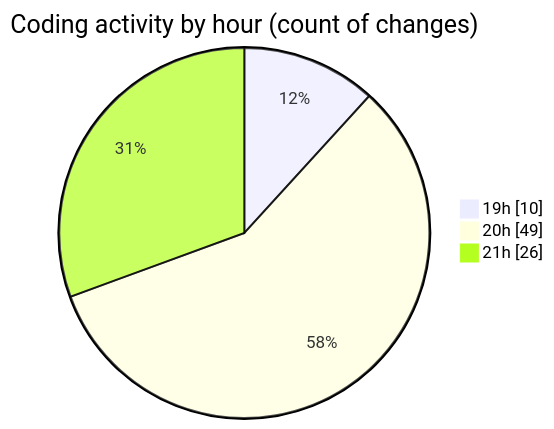
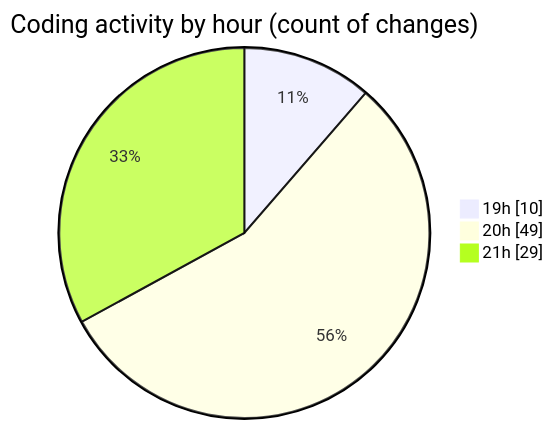
The second of 2 diagrams in 2025-01-28/trollerboard/README.md (charlie-sans/code-tracking), drawn with Mermaid before and after one commit. The commit also changed other lines of this file and 1 other file, not shown here.

````diff
--- a/2025-01-28/trollerboard/README.md
+++ b/2025-01-28/trollerboard/README.md
@@ -42,7 +42,7 @@
 ```mermaid
 pie showData
 title Coding activity by hour (count of changes)
 "19h" : 10
 "20h" : 49
-"21h" : 26
+"21h" : 29
 ```
````
